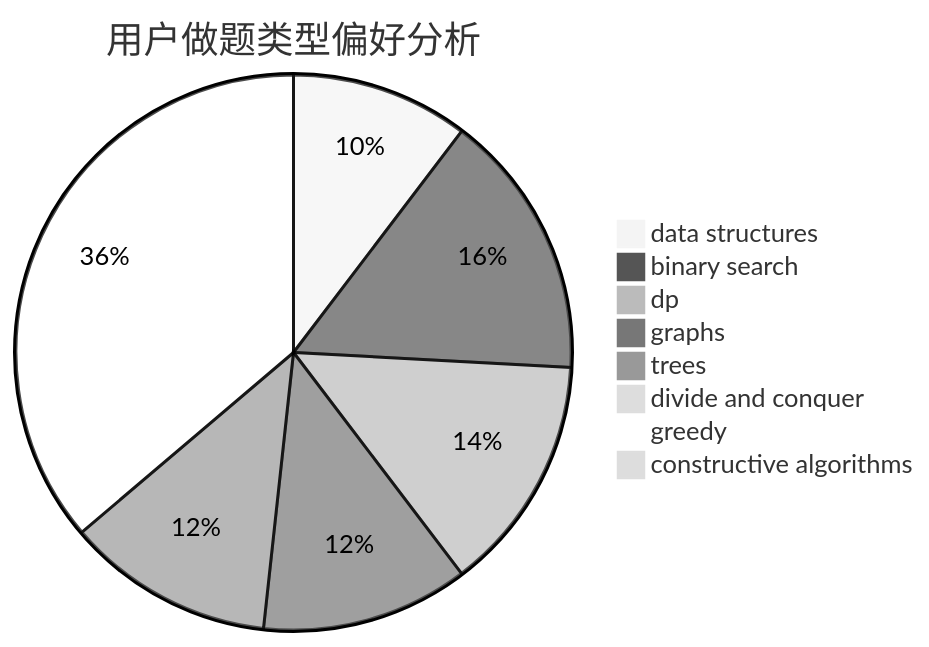
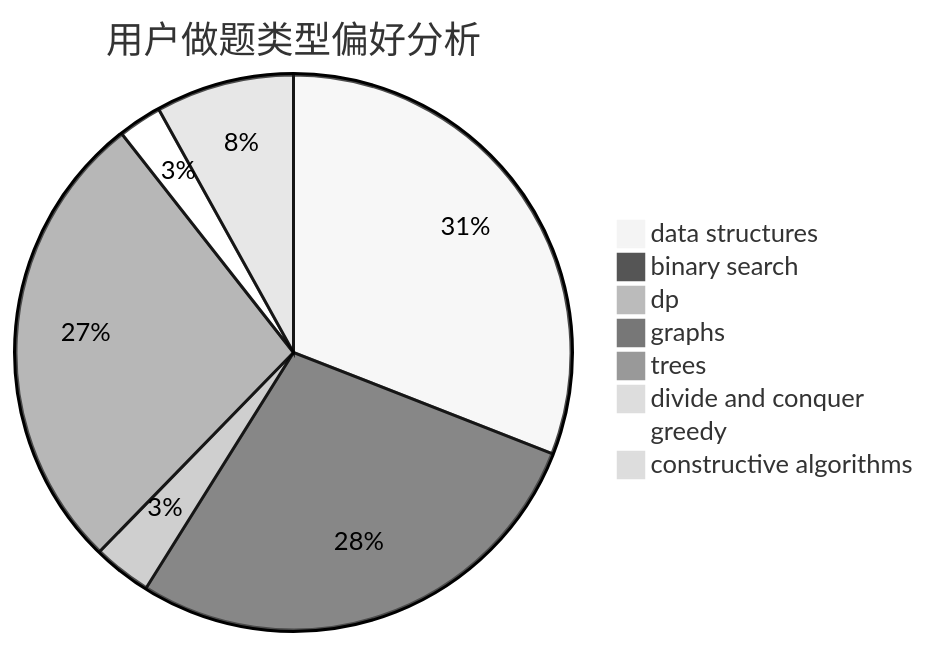
Before and after one commit to sherpahu/cfrs.github.io: the second of 3 diagrams in docs/user/u1681.md, drawn with Mermaid (neutral theme). The commit also changed other lines of this file and 2770 other files, not shown here.

````diff
--- a/docs/user/u1681.md
+++ b/docs/user/u1681.md
@@ -23,11 +23,11 @@
 ```mermaid
 pie title 用户做题类型偏好分析
-    "data structures" :  6
-    "binary search" :  9
+    "data structures" :  73
+    "binary search" :  66
     "dp" :  8
-    "graphs" :  7
-    "trees" :  7
+    "graphs" :  0
+    "trees" :  64
     "divide and conquer" :  0
-    "greedy" :  21
-    "constructive algorithms" :  0
+    "greedy" :  6
+    "constructive algorithms" :  19
 ```
````
